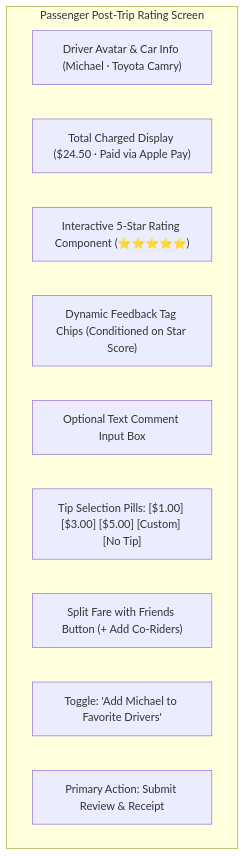
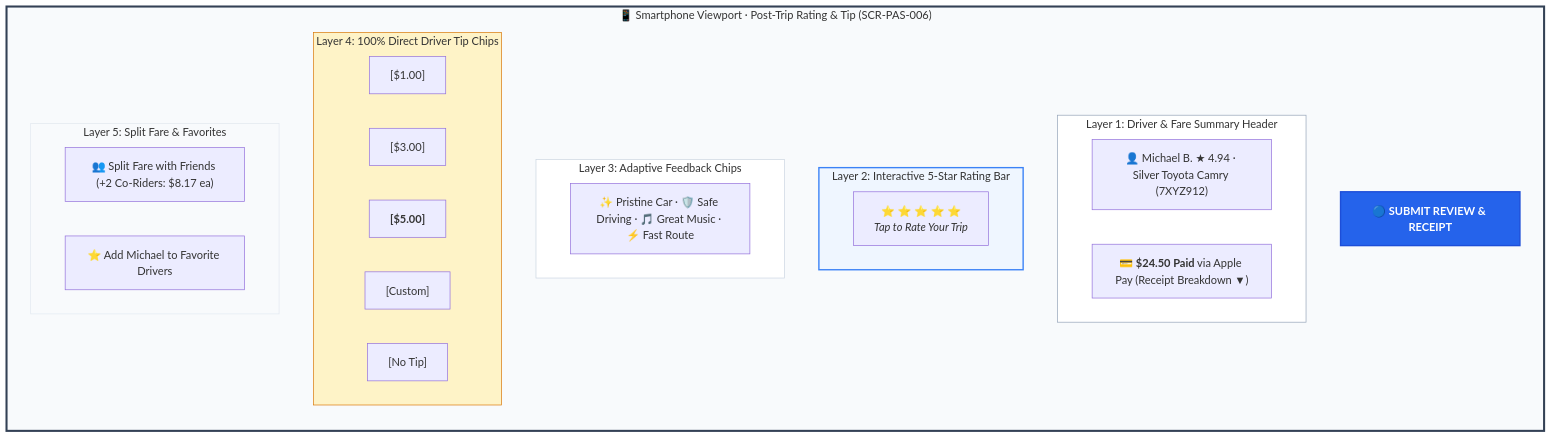
One commit to gkosarintsev/taxi-docs changed the first of 2 diagrams in docs/05-ui-and-ux/screen-contracts/passenger-rating-and-tip.md. Above: the diagram before and after it, drawn with Mermaid. The commit also changed other lines of this file and 11 other files, not shown here.

Commit message:
docs(ui): modernize all 16 screen contracts with multi-layer visual Mermaid UI mockups

````diff
--- a/docs/05-ui-and-ux/screen-contracts/passenger-rating-and-tip.md
+++ b/docs/05-ui-and-ux/screen-contracts/passenger-rating-and-tip.md
@@ -9,14 +9,43 @@
 ```mermaid
-graph TD
-    subgraph RatingModal [Passenger Post-Trip Rating Screen]
-        Avatar["Driver Avatar & Car Info (Michael · Toyota Camry)"]
-        TotalFare["Total Charged Display ($24.50 · Paid via Apple Pay)"]
-        StarWidget["Interactive 5-Star Rating Component (⭐⭐⭐⭐⭐)"]
-        TagMatrix["Dynamic Feedback Tag Chips (Conditioned on Star Score)"]
-        CommentBox["Optional Text Comment Input Box"]
-        TipSelector["Tip Selection Pills: [$1.00] [$3.00] [$5.00] [Custom] [No Tip]"]
-        SplitFareBtn["Split Fare with Friends Button (+ Add Co-Riders)"]
-        FavToggle["Toggle: 'Add Michael to Favorite Drivers'"]
-        SubmitBtn["Primary Action: Submit Review & Receipt"]
+flowchart TB
+    subgraph PhoneFrame ["📱 Smartphone Viewport · Post-Trip Rating & Tip (SCR-PAS-006)"]
+        direction TB
+
+        subgraph DriverSummary ["Layer 1: Driver & Fare Summary Header"]
+            Avatar["👤 Michael B. ★ 4.94 · Silver Toyota Camry (7XYZ912)"]
+            FareAmount["💳 <b>$24.50 Paid</b> via Apple Pay (Receipt Breakdown ▼)"]
+        end
+
+        subgraph StarRatingBox ["Layer 2: Interactive 5-Star Rating Bar"]
+            Stars["⭐ ⭐ ⭐ ⭐ ⭐<br/><i>Tap to Rate Your Trip</i>"]
+        end
+
+        subgraph FeedbackTags ["Layer 3: Adaptive Feedback Chips"]
+            Tags["✨ Pristine Car · 🛡️ Safe Driving · 🎵 Great Music · ⚡ Fast Route"]
+        end
+
+        subgraph TippingSection ["Layer 4: 100% Direct Driver Tip Chips"]
+            direction LR
+            Tip1["[$1.00]"]
+            Tip2["[$3.00]"]
+            Tip3["<b>[$5.00]</b>"]
+            TipCustom["[Custom]"]
+            TipZero["[No Tip]"]
+        end
+
+        subgraph SocialActions ["Layer 5: Split Fare & Favorites"]
+            SplitBtn["👥 Split Fare with Friends (+2 Co-Riders: $8.17 ea)"]
+            FavToggle["⭐ Add Michael to Favorite Drivers"]
+        end
+
+        SubmitCTA["🔵 <b>SUBMIT REVIEW & RECEIPT</b>"]
     end
+
+    style PhoneFrame fill:#F8FAFC,stroke:#334155,stroke-width:3px
+    style DriverSummary fill:#FFFFFF,stroke:#94A3B8,stroke-width:1px
+    style StarRatingBox fill:#EFF6FF,stroke:#3B82F6,stroke-width:2px
+    style FeedbackTags fill:#FFFFFF,stroke:#CBD5E1,stroke-width:1px
+    style TippingSection fill:#FEF3C7,stroke:#D97706,stroke-width:1px
+    style SocialActions fill:#F8FAFC,stroke:#E2E8F0,stroke-width:1px
+    style SubmitCTA fill:#2563EB,stroke:#1D4ED8,color:#FFFFFF,stroke-width:2px
 ```
````
